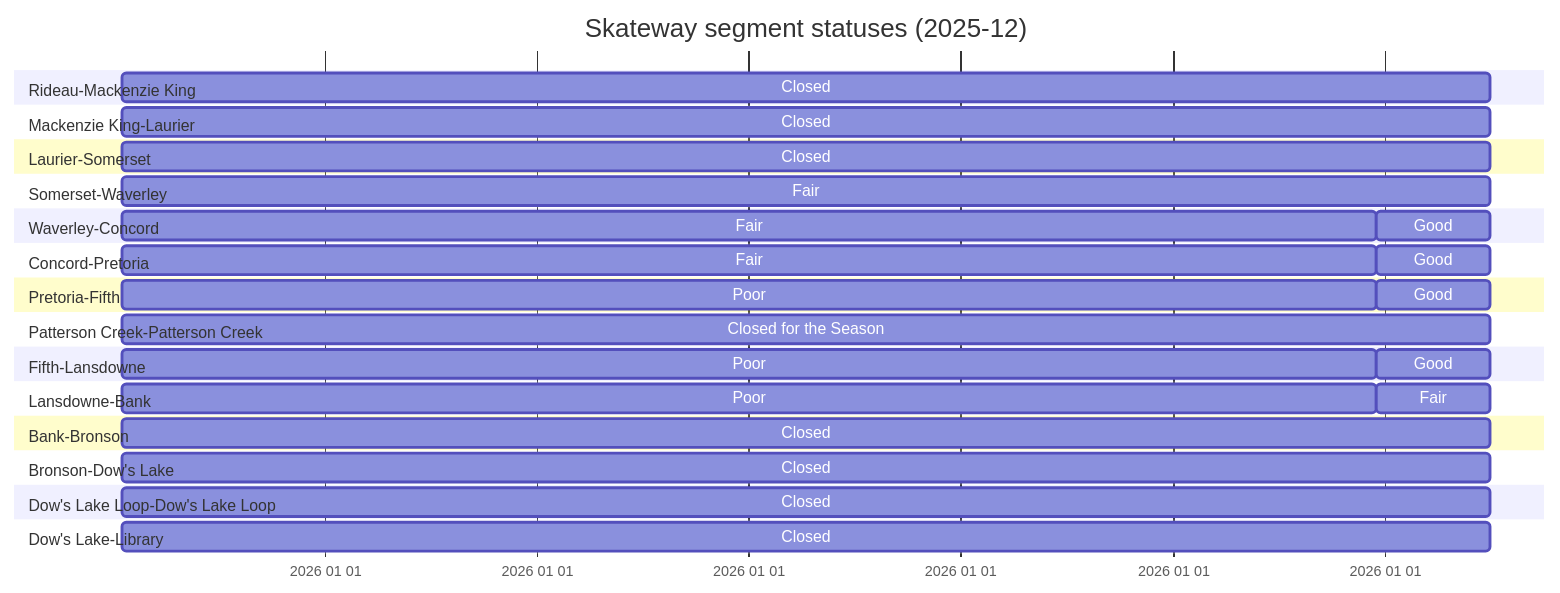
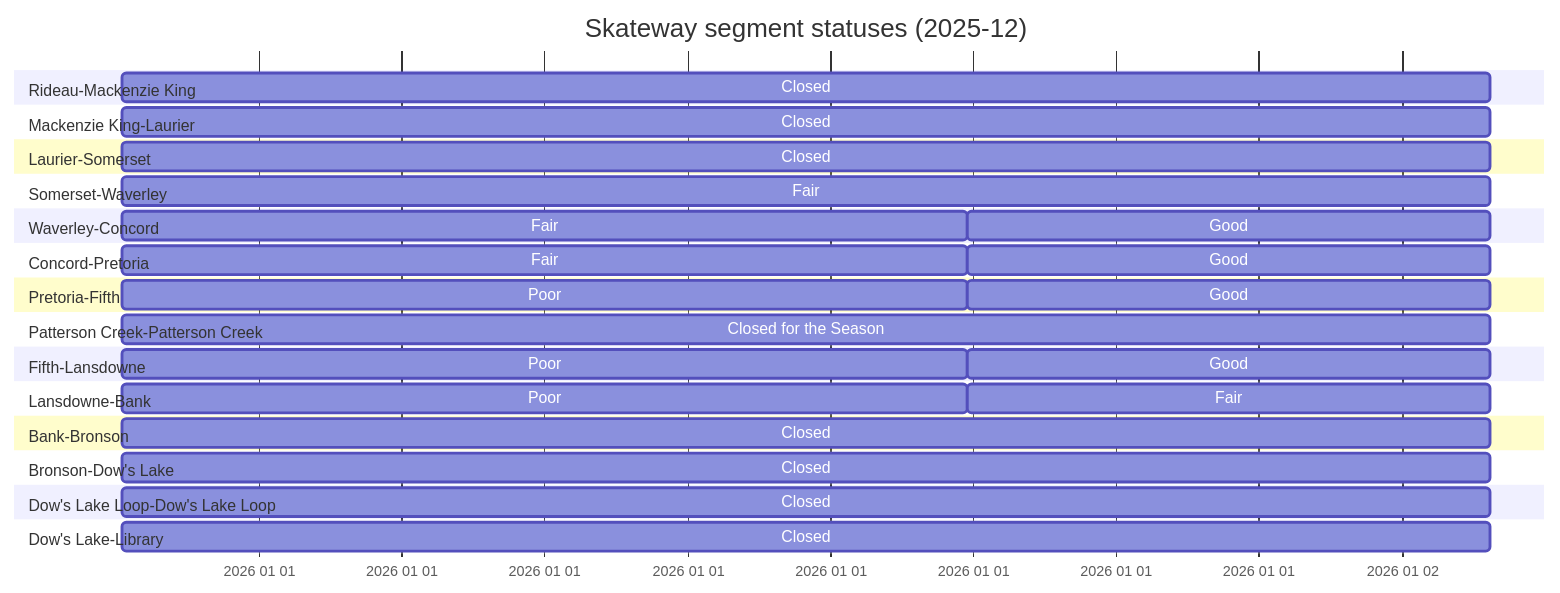
The diagram in gantt.md (PatLittle/skateway_data), drawn with Mermaid before and after one commit. The commit also changed 2 other files, not shown here.

````diff
--- a/gantt.md
+++ b/gantt.md
@@ -2,49 +2,49 @@
 ```mermaid
 ---
 topAxis: true
 displayMode: compact
 config:
   themeCSS: " #vg { fill: Green } #g {fill: yellow} #f {fill: orange} #p {fill: red}      \n
 #c {fill: Black} #cs {fill: Black} #sc {fill: White} #wo {fill: saddlebrown} \n
             text[id^=cs] { fill: red; } text[id^=sc] { fill: red; }
         "
 ---
 
 gantt
   title Skateway segment statuses (2025-12)
   dateFormat  YYYY-MM-DD HH:mm:ss
   axisFormat  %Y %m %d
   section Rideau-Mackenzie King
-  Closed: c, 2025-12-31 21:07:33, 2026-01-01 16:29:36
+  Closed: c, 2025-12-31 21:07:33, 2026-01-02 01:51:29
   section Mackenzie King-Laurier
-  Closed: c, 2025-12-31 21:07:33, 2026-01-01 16:29:36
+  Closed: c, 2025-12-31 21:07:33, 2026-01-02 01:51:29
   section Laurier-Somerset
-  Closed: c, 2025-12-31 21:07:33, 2026-01-01 16:29:36
+  Closed: c, 2025-12-31 21:07:33, 2026-01-02 01:51:29
   section Somerset-Waverley
-  Fair: f, 2025-12-31 21:07:33, 2026-01-01 16:29:36
+  Fair: f, 2025-12-31 21:07:33, 2026-01-02 01:51:29
   section Waverley-Concord
   Fair: f, 2025-12-31 21:07:33, 2026-01-01 14:52:27
-  Good: g, 2026-01-01 14:52:27, 2026-01-01 16:29:36
+  Good: g, 2026-01-01 14:52:27, 2026-01-02 01:51:29
   section Concord-Pretoria
   Fair: f, 2025-12-31 21:07:33, 2026-01-01 14:52:27
-  Good: g, 2026-01-01 14:52:27, 2026-01-01 16:29:36
+  Good: g, 2026-01-01 14:52:27, 2026-01-02 01:51:29
   section Pretoria-Fifth
   Poor: p, 2025-12-31 21:07:33, 2026-01-01 14:52:27
-  Good: g, 2026-01-01 14:52:27, 2026-01-01 16:29:36
+  Good: g, 2026-01-01 14:52:27, 2026-01-02 01:51:29
   section Patterson Creek-Patterson Creek
-  Closed for the Season: cs, 2025-12-31 21:07:33, 2026-01-01 16:29:36
+  Closed for the Season: cs, 2025-12-31 21:07:33, 2026-01-02 01:51:29
   section Fifth-Lansdowne
   Poor: p, 2025-12-31 21:07:33, 2026-01-01 14:52:27
-  Good: g, 2026-01-01 14:52:27, 2026-01-01 16:29:36
+  Good: g, 2026-01-01 14:52:27, 2026-01-02 01:51:29
   section Lansdowne-Bank
   Poor: p, 2025-12-31 21:07:33, 2026-01-01 14:52:27
-  Fair: f, 2026-01-01 14:52:27, 2026-01-01 16:29:36
+  Fair: f, 2026-01-01 14:52:27, 2026-01-02 01:51:29
   section Bank-Bronson
-  Closed: c, 2025-12-31 21:07:33, 2026-01-01 16:29:36
+  Closed: c, 2025-12-31 21:07:33, 2026-01-02 01:51:29
   section Bronson-Dow's Lake
-  Closed: c, 2025-12-31 21:07:33, 2026-01-01 16:29:36
+  Closed: c, 2025-12-31 21:07:33, 2026-01-02 01:51:29
   section Dow's Lake Loop-Dow's Lake Loop
-  Closed: c, 2025-12-31 21:07:33, 2026-01-01 16:29:36
+  Closed: c, 2025-12-31 21:07:33, 2026-01-02 01:51:29
   section Dow's Lake-Library
-  Closed: c, 2025-12-31 21:07:33, 2026-01-01 16:29:36
+  Closed: c, 2025-12-31 21:07:33, 2026-01-02 01:51:29
 ```
````
